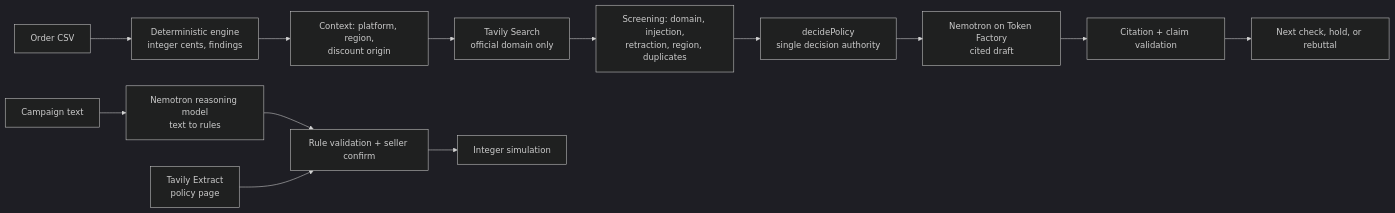
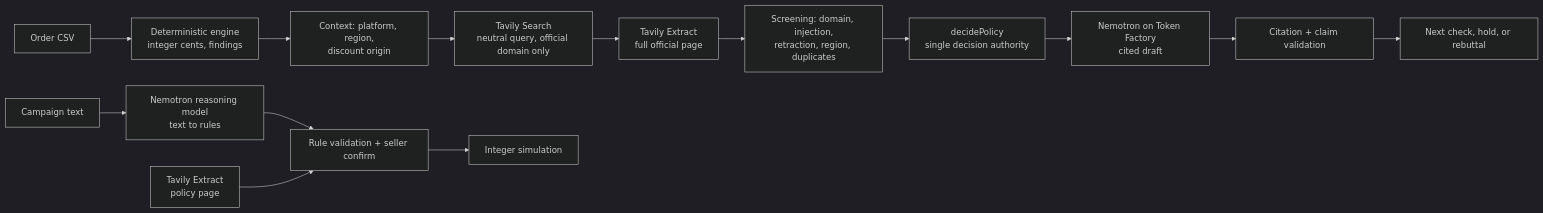
One commit to Allenllii/marginguard changed the diagram in README.md. Above: the diagram before and after it, drawn with Mermaid (dark theme). The commit also changed other lines of this file and 1 other file, not shown here.

First line of the commit message:
docs: correct README/Devpost claims; add Tavily feedback

````diff
--- a/README.md
+++ b/README.md
@@ -26,13 +27,14 @@
 ```mermaid
 flowchart LR
   CSV[Order CSV] --> A[Deterministic engine<br/>integer cents, findings]
   A --> Q[Context: platform, region,<br/>discount origin]
-  Q --> T[Tavily Search<br/>official domain only]
-  T --> S[Screening: domain, injection,<br/>retraction, region, duplicates]
+  Q --> T[Tavily Search<br/>neutral query, official domain only]
+  T --> E[Tavily Extract<br/>full official page]
+  E --> S[Screening: domain, injection,<br/>retraction, region, duplicates]
   S --> D[decidePolicy<br/>single decision authority]
   D --> N[Nemotron on Token Factory<br/>cited draft]
   N --> V[Citation + claim validation]
   V --> UI[Next check, hold, or rebuttal]
   P[Campaign text] --> R[Nemotron reasoning model<br/>text to rules] --> G[Rule validation + seller confirm] --> X[Integer simulation]
   TE[Tavily Extract<br/>policy page] --> G
 ```
````
